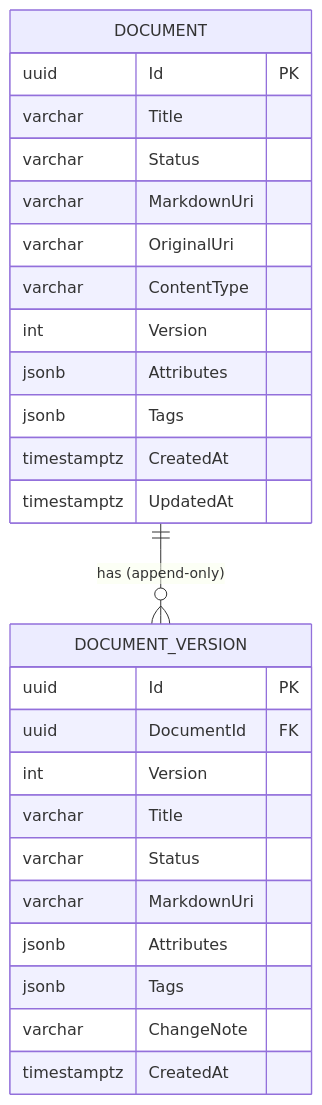
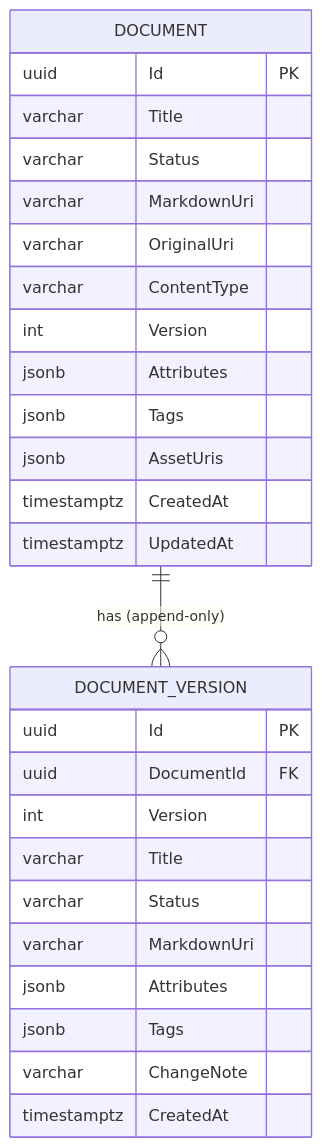
One commit to endazon/microservices-platform changed the diagram in docs/data/document-and-version.md. Above: the diagram before and after it, drawn with Mermaid. The commit also changed other lines of this file and 31 other files, not shown here.

````diff
--- a/docs/data/document-and-version.md
+++ b/docs/data/document-and-version.md
@@ -89,29 +90,30 @@
 ```mermaid
 erDiagram
     DOCUMENT ||--o{ DOCUMENT_VERSION : "has (append-only)"
     DOCUMENT {
         uuid Id PK
         varchar Title
         varchar Status
         varchar MarkdownUri
         varchar OriginalUri
         varchar ContentType
         int Version
         jsonb Attributes
         jsonb Tags
+        jsonb AssetUris
         timestamptz CreatedAt
         timestamptz UpdatedAt
     }
     DOCUMENT_VERSION {
         uuid Id PK
         uuid DocumentId FK
         int Version
         varchar Title
         varchar Status
         varchar MarkdownUri
         jsonb Attributes
         jsonb Tags
         varchar ChangeNote
         timestamptz CreatedAt
     }
 ```
````
